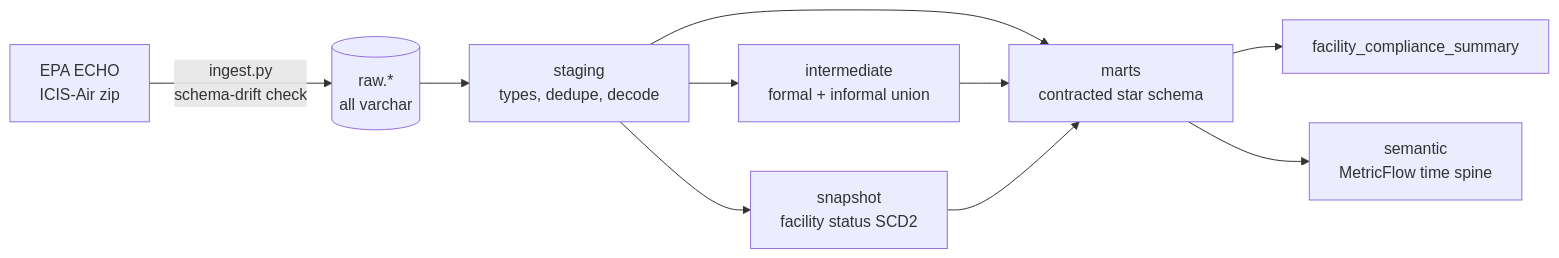
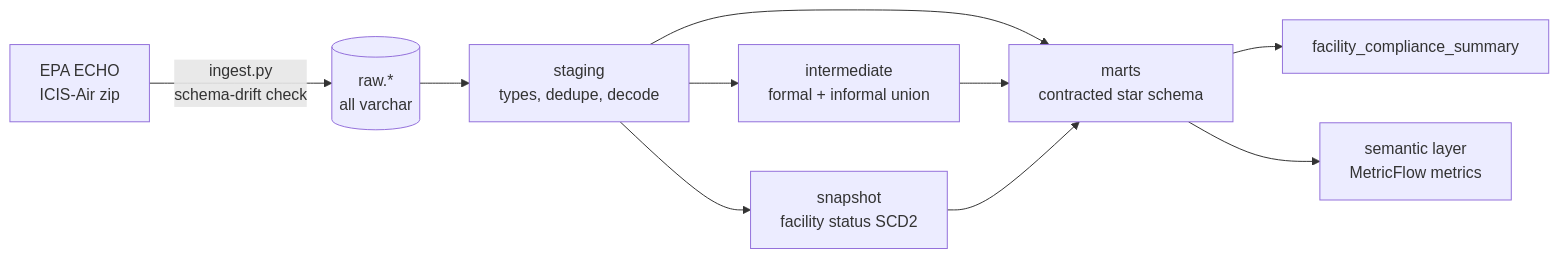
The diagram in README.md (theryeguy92/EPA-Compliance), drawn with Mermaid before and after one commit. The commit also changed other lines of this file and 6 other files, not shown here.

````diff
--- a/README.md
+++ b/README.md
@@ -29,12 +29,12 @@
 ```mermaid
 flowchart LR
     EPA[EPA ECHO<br/>ICIS-Air zip] -->|ingest.py<br/>schema-drift check| RAW[(raw.*<br/>all varchar)]
     RAW --> STG[staging<br/>types, dedupe, decode]
     STG --> INT[intermediate<br/>formal + informal union]
     STG --> SNAP[snapshot<br/>facility status SCD2]
     STG --> MARTS
     INT --> MARTS
     SNAP --> MARTS[marts<br/>contracted star schema]
     MARTS --> SUM[facility_compliance_summary]
-    MARTS --> SEM[semantic<br/>MetricFlow time spine]
+    MARTS --> SEM[semantic layer<br/>MetricFlow metrics]
 ```
````
